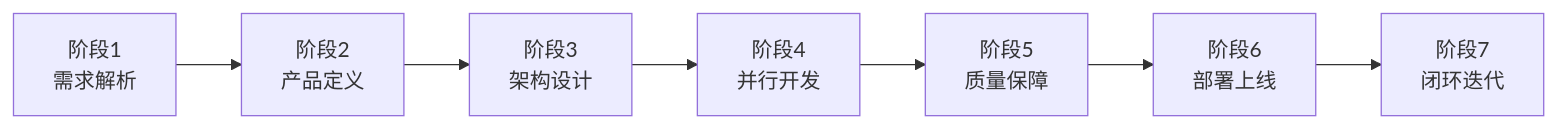
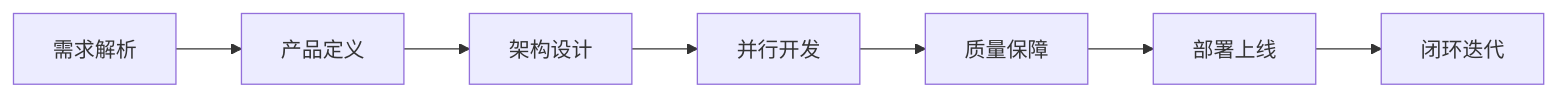
Before and after one commit to Tooooommy/Trae-Workflow: the second of 2 diagrams in README.md, drawn with Mermaid. The commit also changed other lines of this file and 14 other files, not shown here.

````diff
--- a/README.md
+++ b/README.md
@@ -287,9 +230,9 @@
 ```mermaid
 flowchart LR
-    A[阶段1<br/>需求解析] --> B[阶段2<br/>产品定义]
-    B --> C[阶段3<br/>架构设计]
-    C --> D[阶段4<br/>并行开发]
-    D --> E[阶段5<br/>质量保障]
-    E --> F[阶段6<br/>部署上线]
-    F --> G[阶段7<br/>闭环迭代]
+    A[需求解析] --> B[产品定义]
+    B --> C[架构设计]
+    C --> D[并行开发]
+    D --> E[质量保障]
+    E --> F[部署上线]
+    F --> G[闭环迭代]
 ```
````
